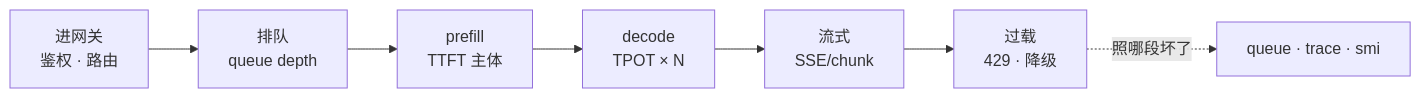
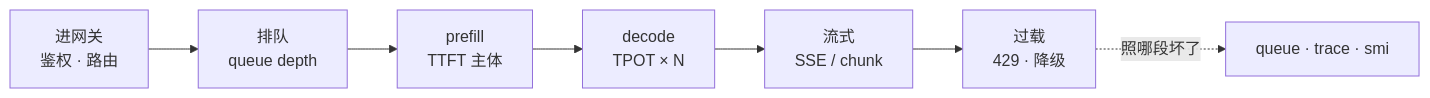
The first of 7 diagrams in 08-AI与智能运维/09-推理服务性能与稳定性/知识点.md (ml-cuizijun/LearnToLilith), drawn with Mermaid before and after one commit. The commit also changed other lines of this file and 178 other files, not shown here.

````diff
--- a/08-AI与智能运维/09-推理服务性能与稳定性/知识点.md
+++ b/08-AI与智能运维/09-推理服务性能与稳定性/知识点.md
@@ -42,9 +14,9 @@
 ```mermaid
 flowchart LR
     A["进网关<br/>鉴权 · 路由"] --> B["排队<br/>queue depth"]
     B --> C["prefill<br/>TTFT 主体"]
     C --> D["decode<br/>TPOT × N"]
-    D --> E["流式<br/>SSE/chunk"]
+    D --> E["流式<br/>SSE / chunk"]
     E --> F["过载<br/>429 · 降级"]
     F -.->|照哪段坏了| K["queue · trace · smi"]
 ```
````
